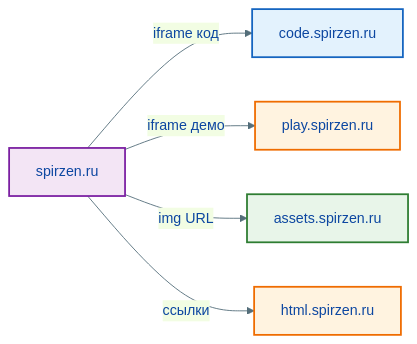
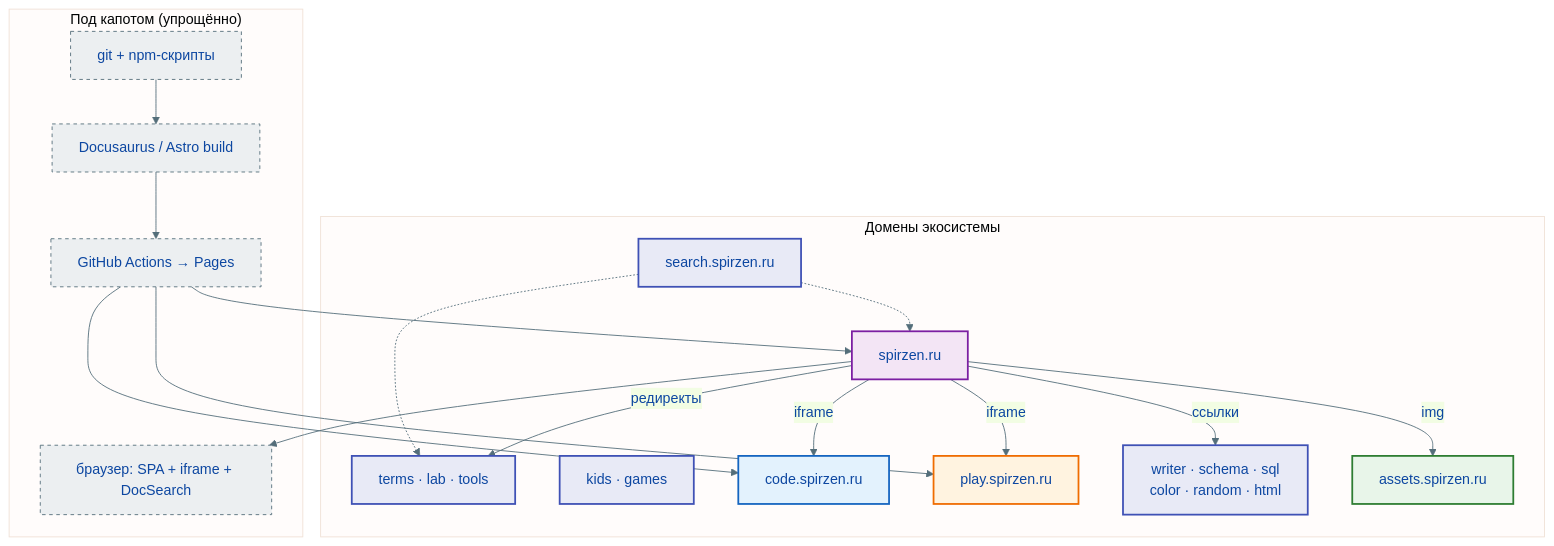
One commit to Spirzen/it-knowledge-base changed the first of 3 diagrams in docs/encyclopedia/1-basics/1-02-vvedenie/1.md. Above: the diagram before and after it, drawn with Mermaid. The commit also changed other lines of this file and 7 other files, not shown here.

Commit message:
new architecture

````diff
--- a/docs/encyclopedia/1-basics/1-02-vvedenie/1.md
+++ b/docs/encyclopedia/1-basics/1-02-vvedenie/1.md
@@ -59,20 +88,41 @@
 ```mermaid
 %%{init: {'theme':'base','themeVariables':{'primaryColor':'#e3f2fd','primaryTextColor':'#0d47a1','primaryBorderColor':'#1565c0','lineColor':'#546e7a'}}}%%
 
-flowchart LR
+flowchart TB
+  classDef portal fill:#e8eaf6,stroke:#3f51b5,stroke-width:2px
   classDef kb fill:#f3e5f5,stroke:#7b1fa2,stroke-width:2px
   classDef code fill:#e3f2fd,stroke:#1565c0,stroke-width:2px
   classDef play fill:#fff3e0,stroke:#ef6c00,stroke-width:2px
   classDef media fill:#e8f5e9,stroke:#2e7d32,stroke-width:2px
+  classDef layer fill:#eceff1,stroke:#546e7a,stroke-width:1px,stroke-dasharray:4 4
 
-  KB[spirzen.ru]:::kb
-  CODE[code.spirzen.ru]:::code
-  PLAY[play.spirzen.ru]:::play
-  ASSETS[assets.spirzen.ru]:::media
-  HTML[html.spirzen.ru]:::play
+  subgraph prod ["Домены экосистемы"]
+    KB[spirzen.ru]:::kb
+    SEARCH[search.spirzen.ru]:::portal
+    TERMS[terms · lab · tools]:::portal
+    KIDS[kids · games]:::portal
+    CODE[code.spirzen.ru]:::code
+    PLAY[play.spirzen.ru]:::play
+    UTIL[writer · schema · sql<br/>color · random · html]:::portal
+    ASSETS[assets.spirzen.ru]:::media
+  end
 
-  KB -->|iframe код| CODE
-  KB -->|iframe демо| PLAY
-  KB -->|img URL| ASSETS
-  KB -->|ссылки| HTML
+  subgraph pipe ["Под капотом (упрощённо)"]
+    GIT[git + npm-скрипты]:::layer
+    BUILD[Docusaurus / Astro build]:::layer
+    CI[GitHub Actions → Pages]:::layer
+    RT[браузер: SPA + iframe + DocSearch]:::layer
+  end
+
+  GIT --> BUILD --> CI --> KB
+  KB -->|iframe| CODE
+  KB -->|iframe| PLAY
+  KB -->|img| ASSETS
+  KB -->|редиректы| TERMS
+  KB -->|ссылки| UTIL
+  SEARCH -.-> KB
+  SEARCH -.-> TERMS
+  CI --> CODE
+  CI --> PLAY
+  KB --> RT
 ```
````
